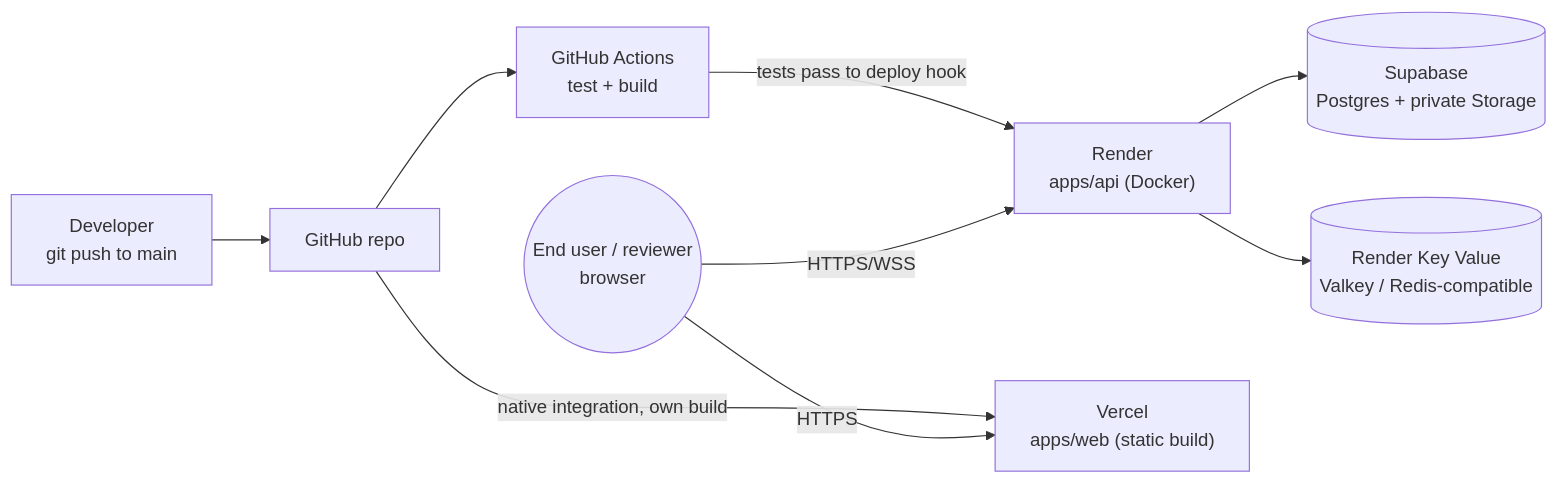
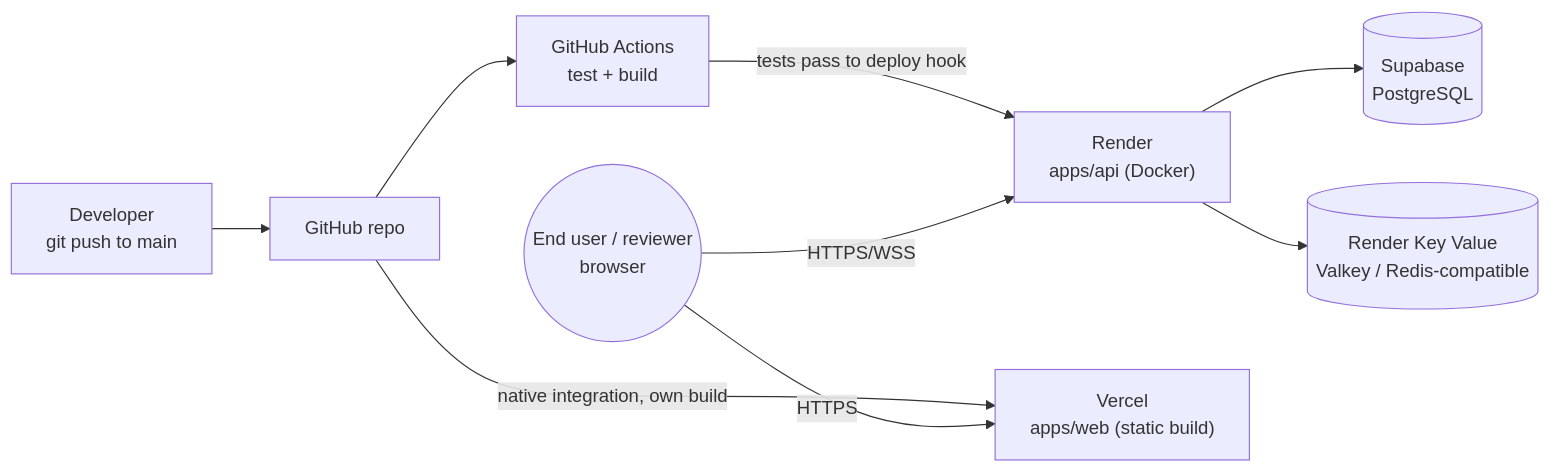
Before and after one commit to NguyenTruongNgocHan/pulselink: the first of 2 diagrams in docs/architecture/deployment.md, drawn with Mermaid. The commit also changed other lines of this file and 4 other files, not shown here.

````diff
--- a/docs/architecture/deployment.md
+++ b/docs/architecture/deployment.md
@@ -8,20 +22,20 @@
 ```mermaid
 flowchart LR
     Dev["Developer<br/>git push to main"]
     GH["GitHub repo"]
     Actions["GitHub Actions<br/>test + build"]
     Render["Render<br/>apps/api (Docker)"]
     Vercel["Vercel<br/>apps/web (static build)"]
-    Supabase[("Supabase<br/>Postgres + private Storage")]
+    Supabase[("Supabase<br/>PostgreSQL")]
     KeyValue[("Render Key Value<br/>Valkey / Redis-compatible")]
     User(("End user / reviewer<br/>browser"))
 
     Dev --> GH
     GH --> Actions
     Actions -->|"tests pass to deploy hook"| Render
     GH -->|"native integration, own build"| Vercel
     Render --> Supabase
     Render --> KeyValue
     User -->|"HTTPS"| Vercel
     User -->|"HTTPS/WSS"| Render
 ```
````
